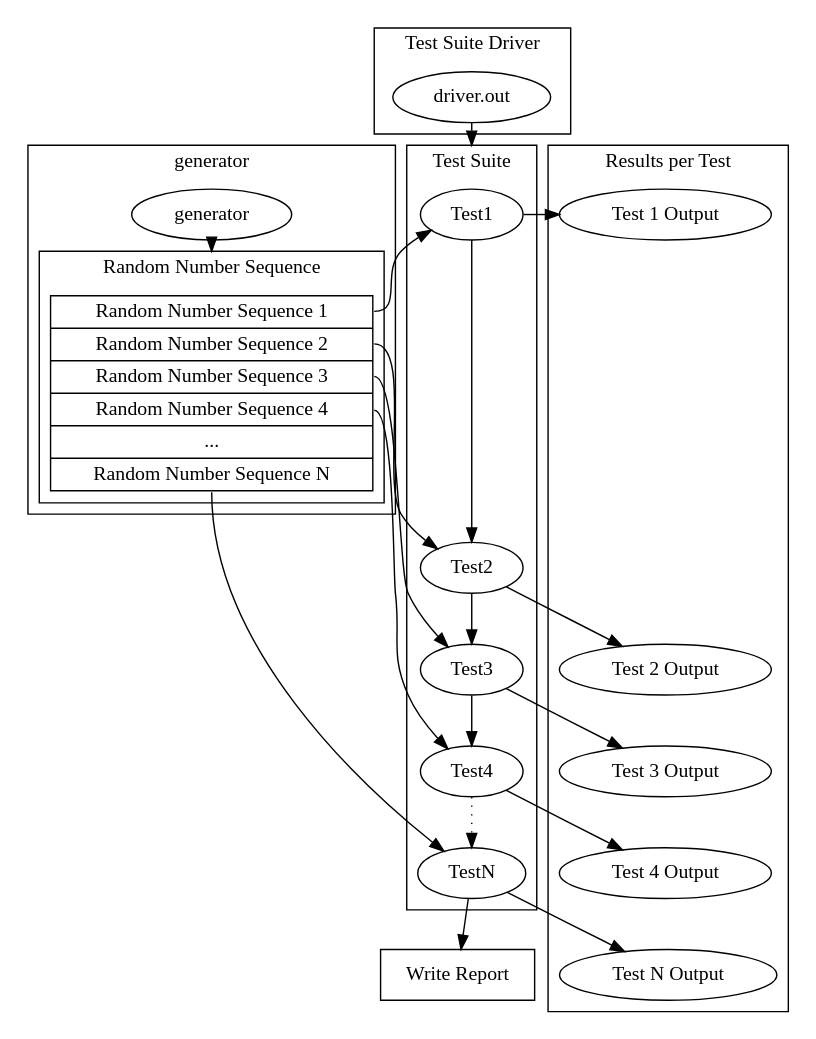
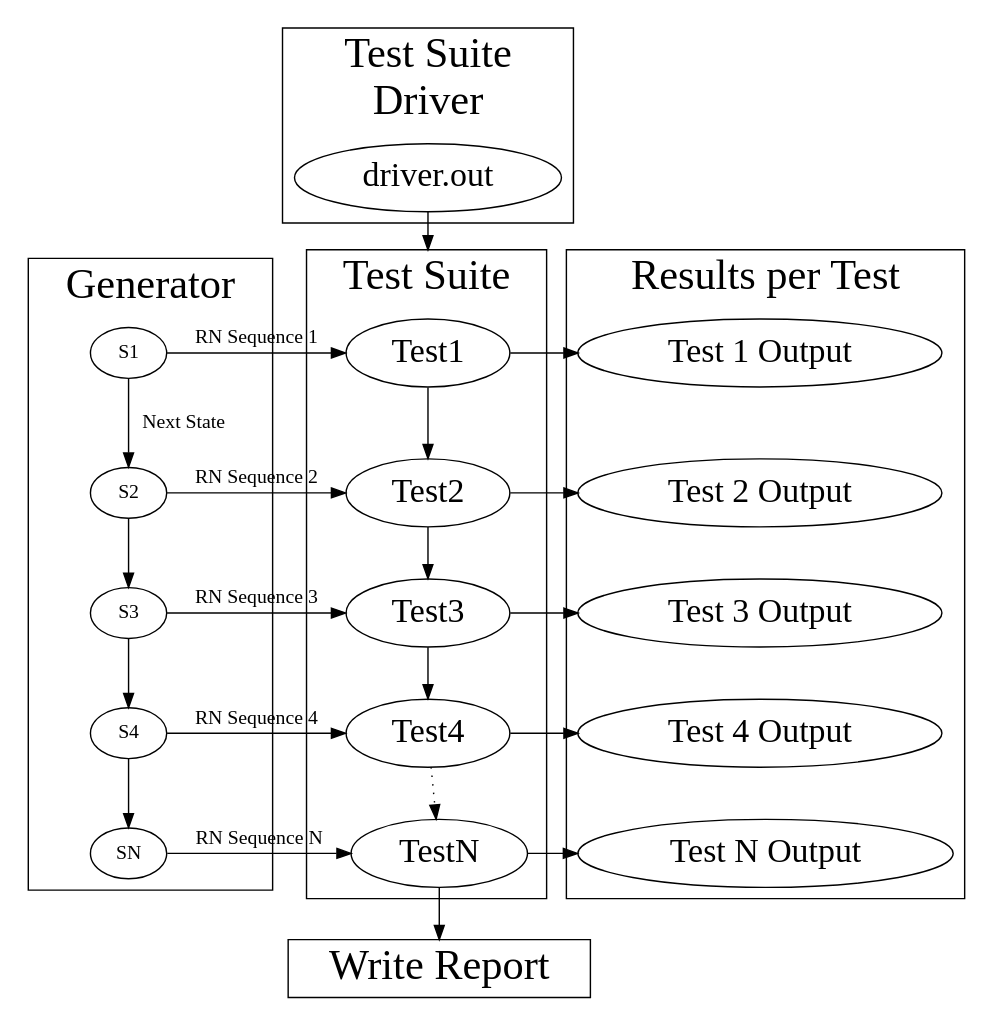
The diagram in testu01_serial_valid.dot (rski/project-poster), drawn with Graphviz before and after one commit.

Commit message:
generators are on the left side instead of in the middle

```diff
--- a/testu01_serial_valid.dot
+++ b/testu01_serial_valid.dot
@@ -1,59 +1,68 @@
 digraph Testu1_serial {
-  Report [ shape = box, label = "Write Report"];
+  Report [ shape = box, label = "Write Report" fontsize = 30];
+  splines = false
+  S0 [style = invis]
 
   subgraph cluster_test_suite_driver{
-    rank = source;
-    label = "Test Suite Driver";
-    "driver.out";
-  }
+    fontsize = 30
+    rank = min
+    label = "Test Suite\n Driver";
+    "driver.out" [fontsize = 24];
+    }
 
   subgraph cluster_test_suite {
+    fontsize = 30;
     label = "Test Suite";
-    Test1;
+    Test1 [fontsize = 24];
+    Test2[fontsize = 24];
+    Test3[fontsize = 24];
+    Test4[fontsize = 24];
+    TestN[fontsize = 24];
     Test1 -> Test2
     Test2 -> Test3
     Test3 -> Test4
     Test4 -> TestN [ style = dotted ];
   }
 
   subgraph cluster_generator {
-    label = "generator"
-    generator [constraint = false] ;
-    subgraph cluster_randomNumberSequence{
-      label = "Random Number Sequence"
-      node [shape = record]
-      struct1 [ label = " { <randomNumberSeq1> Random Number Sequence 1 |
-      <randomNumberSeq2> Random Number Sequence 2 |
-      <randomNumberSeq3> Random Number Sequence 3 |
-      <randomNumberSeq4> Random Number Sequence 4 |
-      ... |
-      <randomNumberSeqN> Random Number Sequence N } " ]
-    }
+    fontsize = 30
+    label = "Generator"
+    S1 -> S2 [label = "Next State" weight = 6]
+    S2 -> S3[weight = 7 ]
+    S3 -> S4[weight = 8 ]
+    S4 -> SN [weight = 9 ]
   }
- 
+
   subgraph cluster_test_results{
+    fontsize = 30
     label = "Results per Test"
-    "Test 1 Output";
-    "Test 2 Output";
-    "Test 3 Output";
-    "Test 4 Output";
-    "Test N Output";
+    "Test 1 Output" [fontsize = 24];
+    "Test 2 Output" [fontsize = 24];
+    "Test 3 Output" [fontsize = 24];
+    "Test 4 Output" [fontsize = 24];
+    "Test N Output" [fontsize = 24];
   }
 
   newrank=true;
-  { rank = same; generator; Test1; "Test 1 Output" };
+  { rank = same; S1; Test1; "Test 1 Output"; };
+  { rank = same; S2; Test2; "Test 2 Output"; };
+  { rank = same; S3; Test3; "Test 3 Output"; };
+  { rank = same; S4; Test4; "Test 4 Output"; };
+  { rank = same; SN; TestN; "Test N Output"; };
+  { rank = same; S0; "driver.out"; };
   compound = true;
-  "driver.out" -> Test1 [lhead = cluster_test_suite];
-  struct1:randomNumberSeq1 -> Test1;
-  struct1:randomNumberSeq2 -> Test2;
-  struct1:randomNumberSeq3 -> Test3;
-  struct1:randomNumberSeq4 -> Test4;
-  struct1:randomNumberSeqN -> TestN;
-  generator -> struct1:randomNumberSeq1 [ lhead = cluster_randomNumberSequence];
+  "driver.out" -> Test1 [lhead = cluster_test_suite]
+  S0 -> S1 [style = invis]
+  S0 -> Test1 [style = invis]
+  S1 -> Test1 [label = "RN Sequence 1" weight = 5]
+  S2 -> Test2 [label = "RN Sequence 2" weight = 6]
+  S3 -> Test3 [label = "RN Sequence 3" weight = 7]
+  S4 -> Test4 [label = "RN Sequence 4" weight = 8]
+  SN -> TestN [label = "RN Sequence N" weight = 9]
   Test1 -> "Test 1 Output"
   Test2 -> "Test 2 Output"
   Test3 -> "Test 3 Output"
   Test4 -> "Test 4 Output"
   TestN -> "Test N Output"
   TestN -> Report;
 }
```
